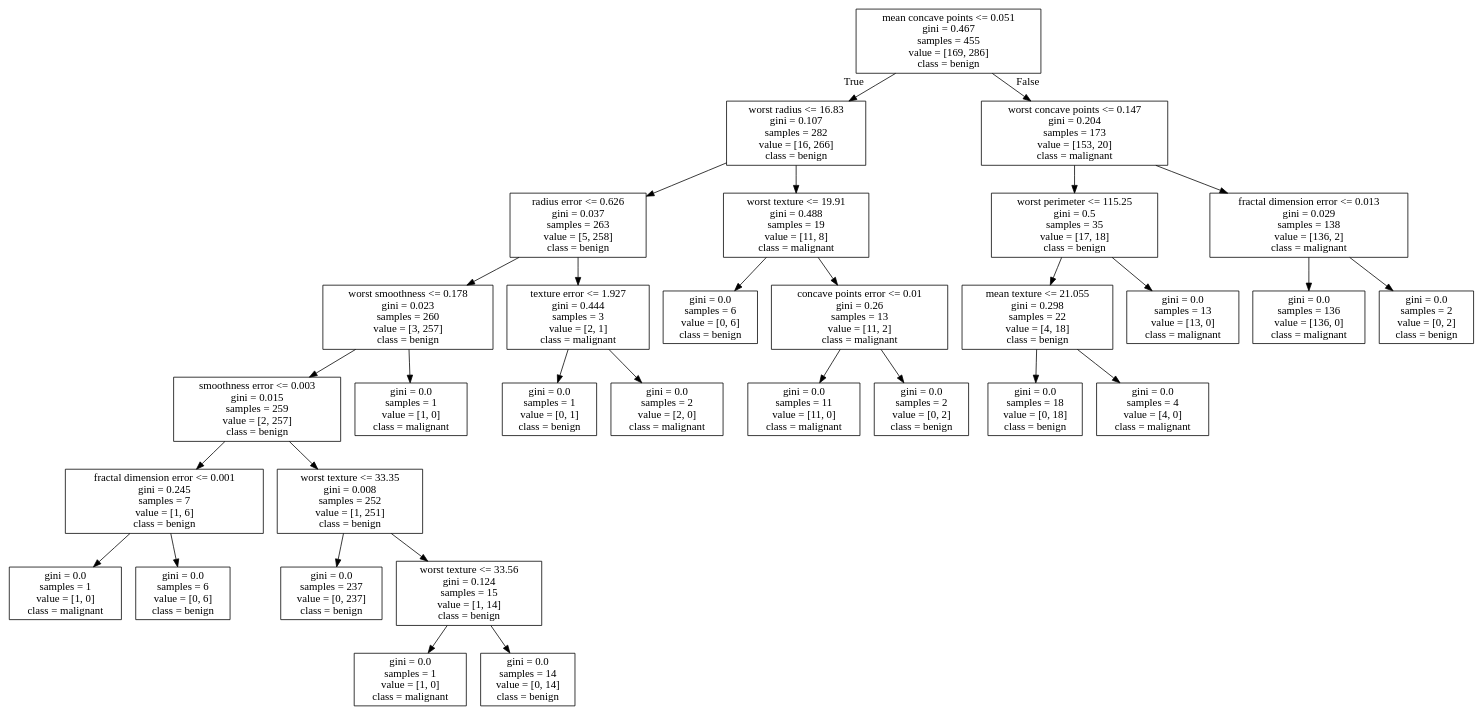
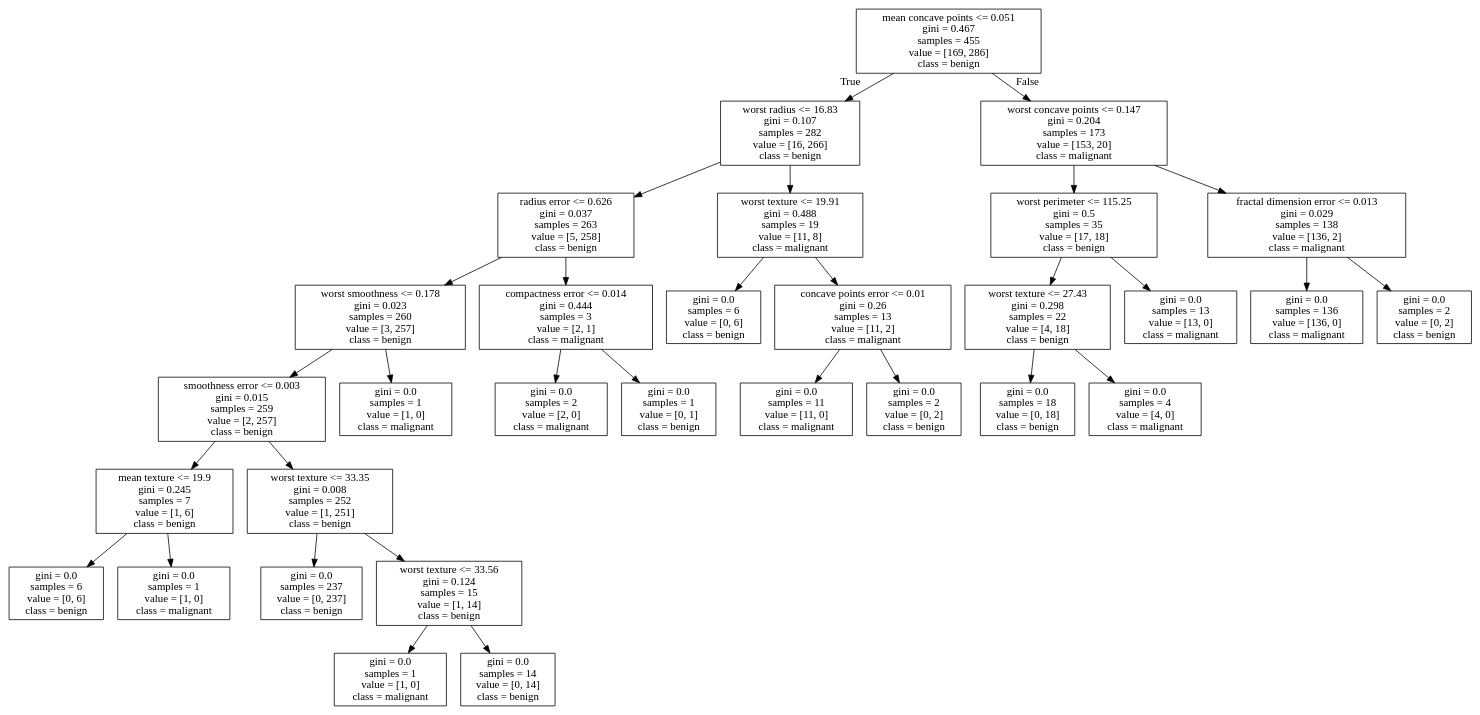
One commit to davidgranda01/CTE156-holamundo changed the diagram in P5_AplicacionML/tree.dot. Above: the diagram before and after it, drawn with Graphviz. The commit also changed 3 other files, not shown here.

```diff
--- a/P5_AplicacionML/tree.dot
+++ b/P5_AplicacionML/tree.dot
@@ -1,64 +1,64 @@
 digraph Tree {
 node [shape=box] ;
 0 [label="mean concave points <= 0.051\ngini = 0.467\nsamples = 455\nvalue = [169, 286]\nclass = benign"] ;
 1 [label="worst radius <= 16.83\ngini = 0.107\nsamples = 282\nvalue = [16, 266]\nclass = benign"] ;
 0 -> 1 [labeldistance=2.5, labelangle=45, headlabel="True"] ;
 2 [label="radius error <= 0.626\ngini = 0.037\nsamples = 263\nvalue = [5, 258]\nclass = benign"] ;
 1 -> 2 ;
 3 [label="worst smoothness <= 0.178\ngini = 0.023\nsamples = 260\nvalue = [3, 257]\nclass = benign"] ;
 2 -> 3 ;
 4 [label="smoothness error <= 0.003\ngini = 0.015\nsamples = 259\nvalue = [2, 257]\nclass = benign"] ;
 3 -> 4 ;
-5 [label="fractal dimension error <= 0.001\ngini = 0.245\nsamples = 7\nvalue = [1, 6]\nclass = benign"] ;
+5 [label="mean texture <= 19.9\ngini = 0.245\nsamples = 7\nvalue = [1, 6]\nclass = benign"] ;
 4 -> 5 ;
-6 [label="gini = 0.0\nsamples = 1\nvalue = [1, 0]\nclass = malignant"] ;
+6 [label="gini = 0.0\nsamples = 6\nvalue = [0, 6]\nclass = benign"] ;
 5 -> 6 ;
-7 [label="gini = 0.0\nsamples = 6\nvalue = [0, 6]\nclass = benign"] ;
+7 [label="gini = 0.0\nsamples = 1\nvalue = [1, 0]\nclass = malignant"] ;
 5 -> 7 ;
 8 [label="worst texture <= 33.35\ngini = 0.008\nsamples = 252\nvalue = [1, 251]\nclass = benign"] ;
 4 -> 8 ;
 9 [label="gini = 0.0\nsamples = 237\nvalue = [0, 237]\nclass = benign"] ;
 8 -> 9 ;
 10 [label="worst texture <= 33.56\ngini = 0.124\nsamples = 15\nvalue = [1, 14]\nclass = benign"] ;
 8 -> 10 ;
 11 [label="gini = 0.0\nsamples = 1\nvalue = [1, 0]\nclass = malignant"] ;
 10 -> 11 ;
 12 [label="gini = 0.0\nsamples = 14\nvalue = [0, 14]\nclass = benign"] ;
 10 -> 12 ;
 13 [label="gini = 0.0\nsamples = 1\nvalue = [1, 0]\nclass = malignant"] ;
 3 -> 13 ;
-14 [label="texture error <= 1.927\ngini = 0.444\nsamples = 3\nvalue = [2, 1]\nclass = malignant"] ;
+14 [label="compactness error <= 0.014\ngini = 0.444\nsamples = 3\nvalue = [2, 1]\nclass = malignant"] ;
 2 -> 14 ;
-15 [label="gini = 0.0\nsamples = 1\nvalue = [0, 1]\nclass = benign"] ;
+15 [label="gini = 0.0\nsamples = 2\nvalue = [2, 0]\nclass = malignant"] ;
 14 -> 15 ;
-16 [label="gini = 0.0\nsamples = 2\nvalue = [2, 0]\nclass = malignant"] ;
+16 [label="gini = 0.0\nsamples = 1\nvalue = [0, 1]\nclass = benign"] ;
 14 -> 16 ;
 17 [label="worst texture <= 19.91\ngini = 0.488\nsamples = 19\nvalue = [11, 8]\nclass = malignant"] ;
 1 -> 17 ;
 18 [label="gini = 0.0\nsamples = 6\nvalue = [0, 6]\nclass = benign"] ;
 17 -> 18 ;
 19 [label="concave points error <= 0.01\ngini = 0.26\nsamples = 13\nvalue = [11, 2]\nclass = malignant"] ;
 17 -> 19 ;
 20 [label="gini = 0.0\nsamples = 11\nvalue = [11, 0]\nclass = malignant"] ;
 19 -> 20 ;
 21 [label="gini = 0.0\nsamples = 2\nvalue = [0, 2]\nclass = benign"] ;
 19 -> 21 ;
 22 [label="worst concave points <= 0.147\ngini = 0.204\nsamples = 173\nvalue = [153, 20]\nclass = malignant"] ;
 0 -> 22 [labeldistance=2.5, labelangle=-45, headlabel="False"] ;
 23 [label="worst perimeter <= 115.25\ngini = 0.5\nsamples = 35\nvalue = [17, 18]\nclass = benign"] ;
 22 -> 23 ;
-24 [label="mean texture <= 21.055\ngini = 0.298\nsamples = 22\nvalue = [4, 18]\nclass = benign"] ;
+24 [label="worst texture <= 27.43\ngini = 0.298\nsamples = 22\nvalue = [4, 18]\nclass = benign"] ;
 23 -> 24 ;
 25 [label="gini = 0.0\nsamples = 18\nvalue = [0, 18]\nclass = benign"] ;
 24 -> 25 ;
 26 [label="gini = 0.0\nsamples = 4\nvalue = [4, 0]\nclass = malignant"] ;
 24 -> 26 ;
 27 [label="gini = 0.0\nsamples = 13\nvalue = [13, 0]\nclass = malignant"] ;
 23 -> 27 ;
 28 [label="fractal dimension error <= 0.013\ngini = 0.029\nsamples = 138\nvalue = [136, 2]\nclass = malignant"] ;
 22 -> 28 ;
 29 [label="gini = 0.0\nsamples = 136\nvalue = [136, 0]\nclass = malignant"] ;
 28 -> 29 ;
 30 [label="gini = 0.0\nsamples = 2\nvalue = [0, 2]\nclass = benign"] ;
 28 -> 30 ;
 }
```
